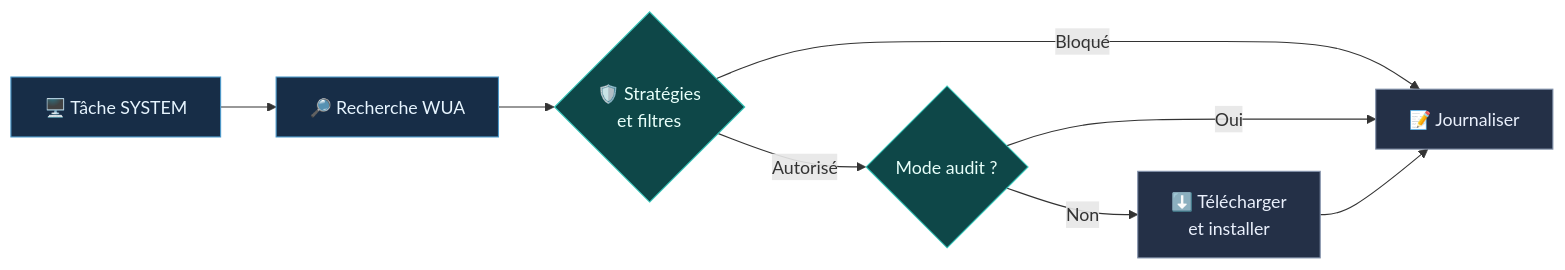
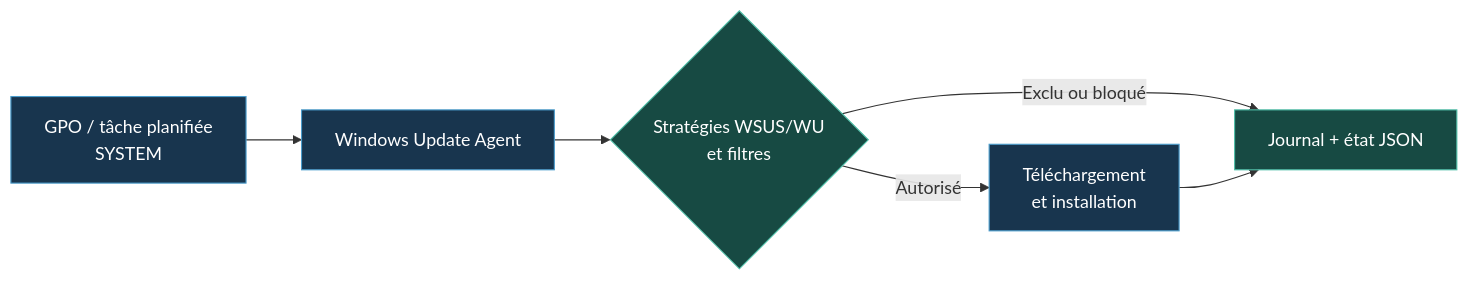
Before and after one commit to neosoda/DriversUpdate: the diagram in README.md, drawn with Mermaid. The commit also changed other lines of this file, not shown here.

Commit message:
docs: README clair et complet pour la console française et les GPO

```diff
--- a/README.md
+++ b/README.md
@@ -99,17 +123,12 @@
 ~~~mermaid
 flowchart LR
-    A["🖥️ Tâche SYSTEM"] --> B["🔎 Recherche WUA"]
-    B --> C{"🛡️ Stratégies<br/>et filtres"}
-    C -->|"Bloqué"| D["📝 Journaliser"]
-    C -->|"Autorisé"| E{"Mode audit ?"}
-    E -->|"Oui"| D
-    E -->|"Non"| F["⬇️ Télécharger<br/>et installer"]
-    F --> D
-
-    classDef blue fill:#172D47,color:#E7F5FF,stroke:#4B98C9,stroke-width:1px;
-    classDef aqua fill:#0E4748,color:#E8FFFA,stroke:#35C6B9,stroke-width:1px;
-    classDef gray fill:#243047,color:#EAF0FC,stroke:#8291AA,stroke-width:1px;
-    class A,B blue;
-    class C,E aqua;
-    class D,F gray;
+    A["GPO / tâche planifiée<br/>SYSTEM"] --> B["Windows Update Agent"]
+    B --> C{"Stratégies WSUS/WU<br/>et filtres"}
+    C -->|"Exclu ou bloqué"| D["Journal + état JSON"]
+    C -->|"Autorisé"| E["Téléchargement<br/>et installation"]
+    E --> D
+    classDef main fill:#18354E,stroke:#4A9CCC,color:#FFFFFF;
+    classDef safe fill:#174A43,stroke:#4FBFA8,color:#FFFFFF;
+    class A,B,E main;
+    class C,D safe;
 ~~~
```
